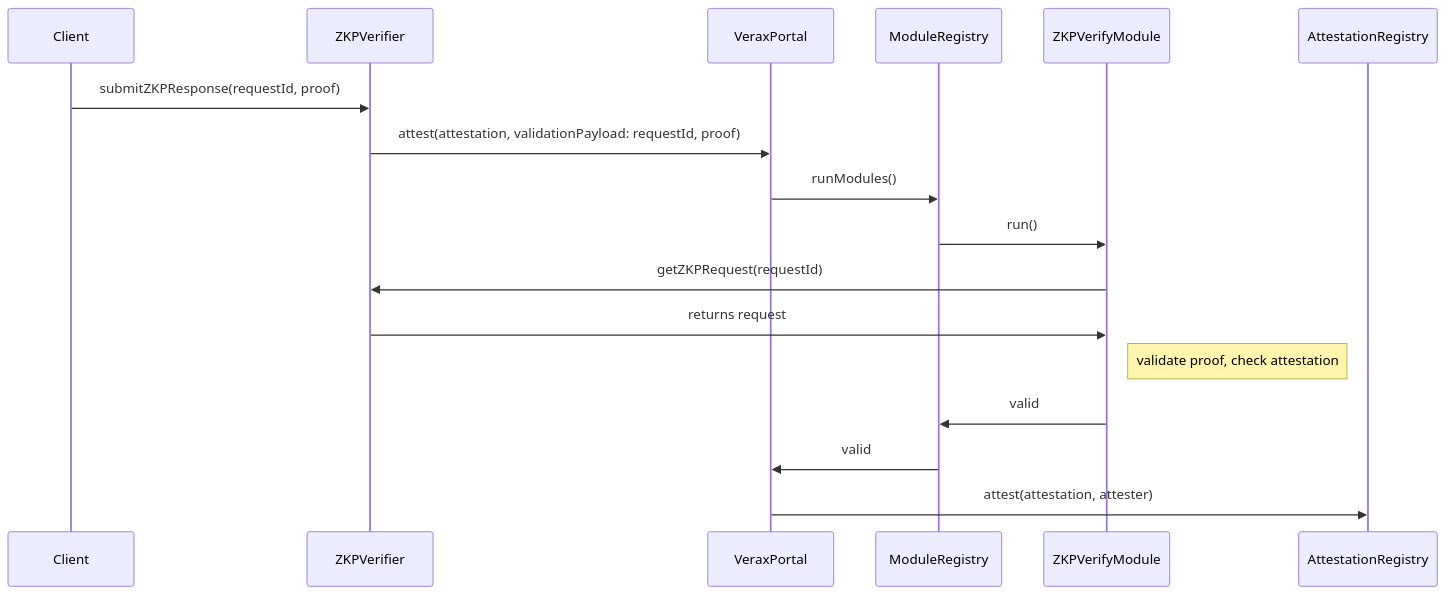
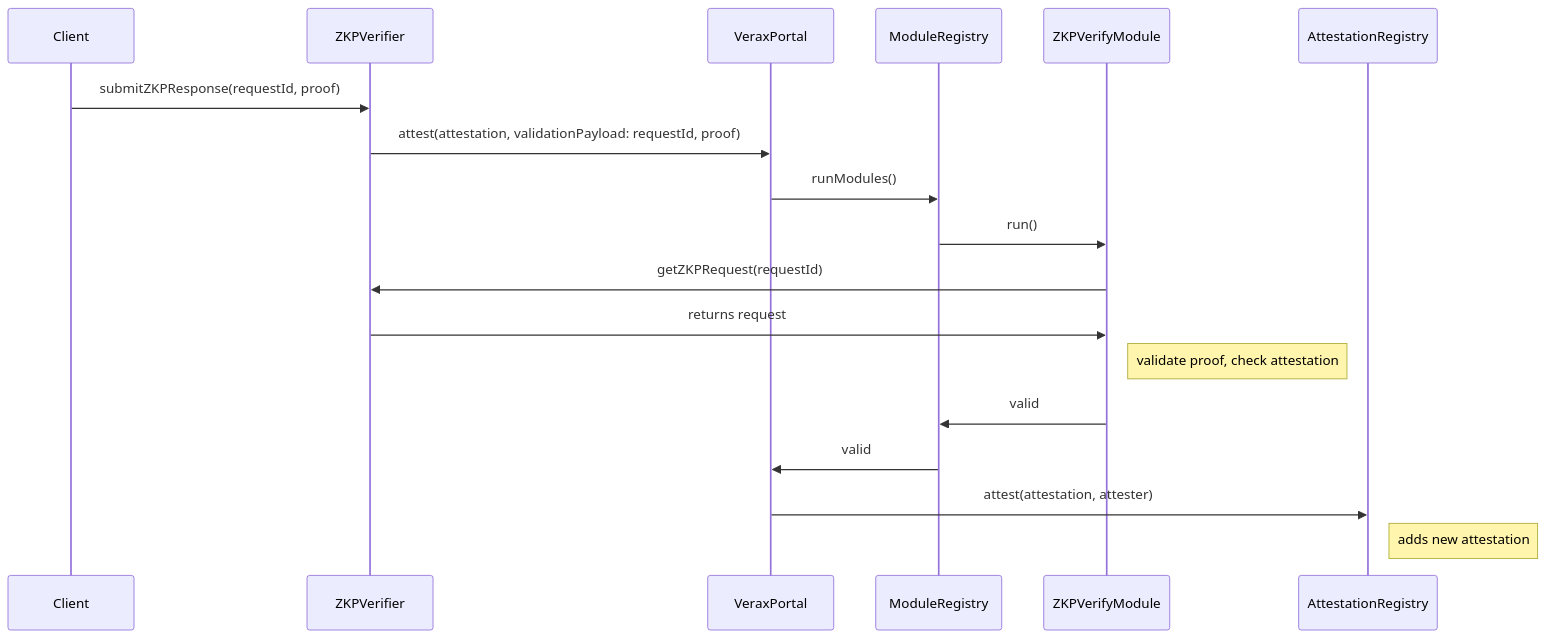
The second of 2 diagrams in scripts/verax/Readme.md (0xPolygonID/contracts), drawn with Mermaid before and after one commit.

Commit message:
add note

````diff
--- a/scripts/verax/Readme.md
+++ b/scripts/verax/Readme.md
@@ -16,19 +16,20 @@
 ```mermaid
 sequenceDiagram
     participant Client
     participant ZKPVerifier
     participant VeraxPortal
     participant ModuleRegistry
     participant ZKPVerifyModule
     participant AttestationRegistry
     Client->>ZKPVerifier: submitZKPResponse(requestId, proof)
     ZKPVerifier->>VeraxPortal: attest(attestation, validationPayload: requestId, proof)
     VeraxPortal->>ModuleRegistry: runModules()
     ModuleRegistry->>ZKPVerifyModule: run()
     ZKPVerifyModule->>ZKPVerifier: getZKPRequest(requestId)
     ZKPVerifier->>ZKPVerifyModule: returns request
     Note right of ZKPVerifyModule: validate proof, check attestation
     ZKPVerifyModule->>ModuleRegistry: valid
     ModuleRegistry->>VeraxPortal: valid
     VeraxPortal->>AttestationRegistry: attest(attestation, attester)
+    Note right of AttestationRegistry: adds new attestation
 ```
````
